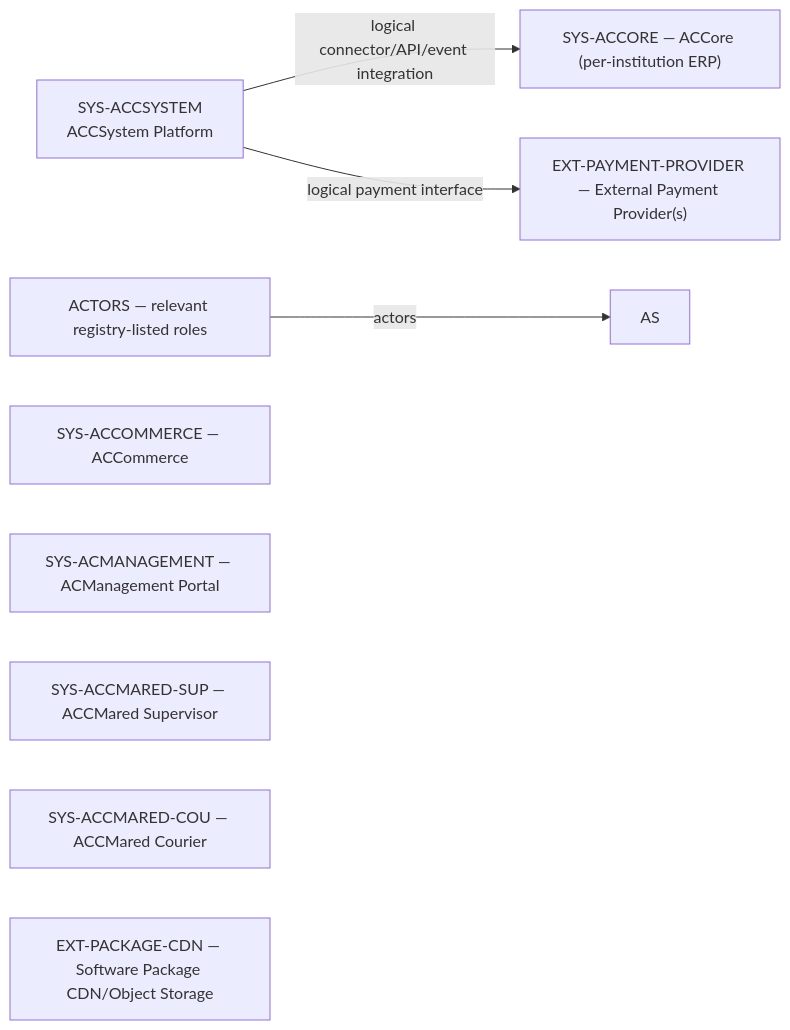
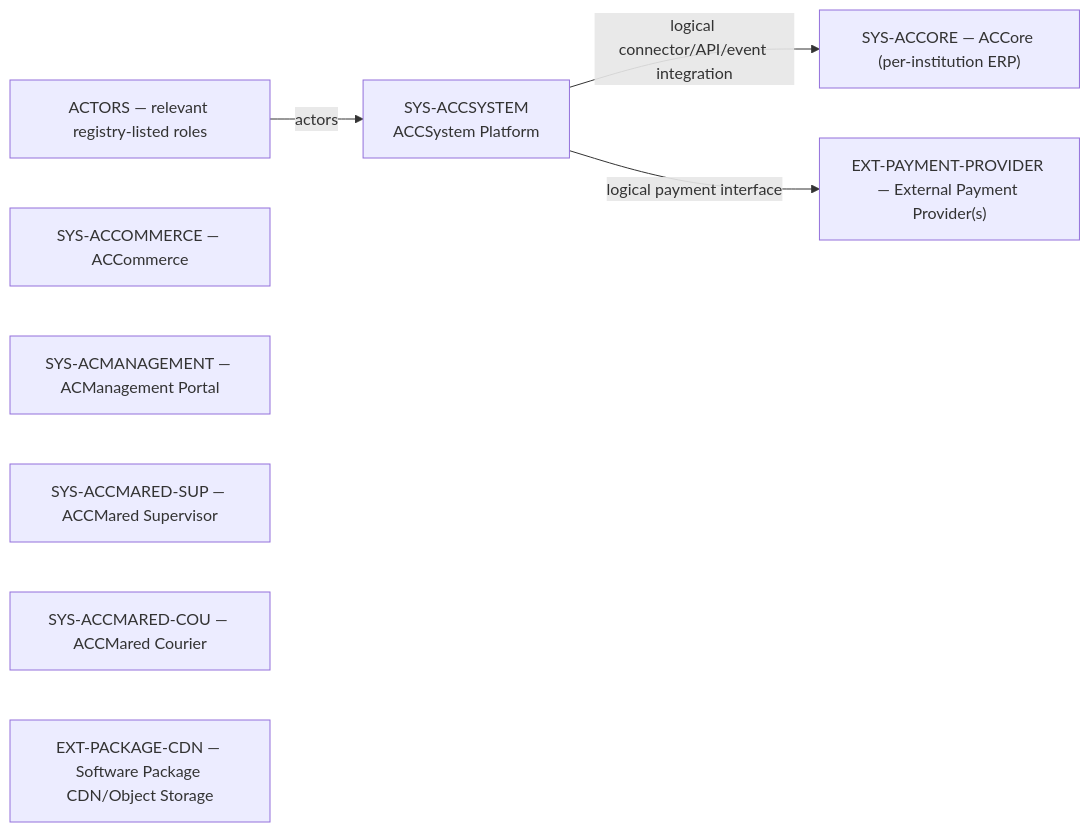
The third of 14 diagrams in acc-architecture/c1-context/c4-context-and-container-overlays.md (Emran025/accsystem), drawn with Mermaid before and after one commit. The commit also changed other lines of this file and 23 other files, not shown here.

First line of the commit message:
fix(architecture): align validation and reservation contracts

````diff
--- a/acc-architecture/c1-context/c4-context-and-container-overlays.md
+++ b/acc-architecture/c1-context/c4-context-and-container-overlays.md
@@ -70,15 +70,15 @@
 ```mermaid
 flowchart LR
   SYS_ACCSYSTEM["SYS-ACCSYSTEM\nACCSystem Platform"]
   ACT["ACTORS — relevant registry-listed roles"]
   CORE["SYS-ACCORE — ACCore (per-institution ERP)"]
   COM["SYS-ACCOMMERCE — ACCommerce"]
   MGT["SYS-ACMANAGEMENT — ACManagement Portal"]
   MS["SYS-ACCMARED-SUP — ACCMared Supervisor"]
   MC["SYS-ACCMARED-COU — ACCMared Courier"]
   PAY["EXT-PAYMENT-PROVIDER — External Payment Provider(s)"]
   CDN["EXT-PACKAGE-CDN — Software Package CDN/Object Storage"]
-  ACT -->|actors| AS
+  ACT -->|actors| SYS_ACCSYSTEM
   SYS_ACCSYSTEM -->|logical connector/API/event integration| CORE
   SYS_ACCSYSTEM -->|logical payment interface| PAY
 ```
````
